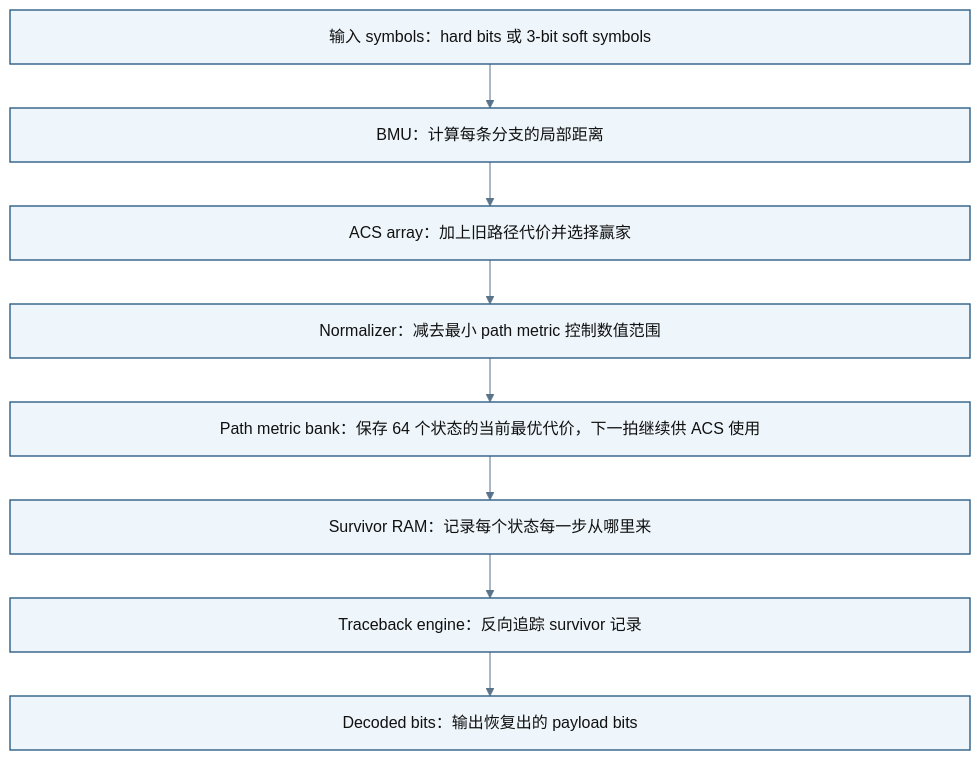
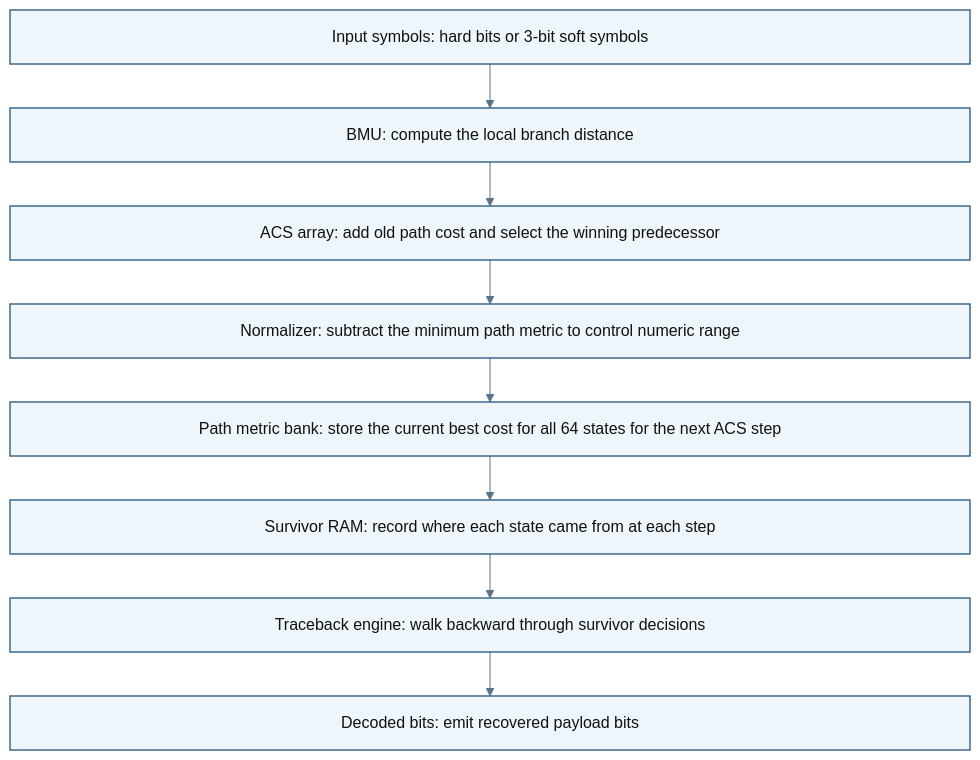
Before and after one commit to AIALRA-0/Viterbi_Decoder: the diagram in docs/assets/diagrams/report_rtl_core_flow.mmd, drawn with Mermaid. The commit also changed 54 other files, not shown here.

```diff
--- a/docs/assets/diagrams/report_rtl_core_flow.mmd
+++ b/docs/assets/diagrams/report_rtl_core_flow.mmd
@@ -1,15 +1,15 @@
 %%{init: {"theme": "base", "flowchart": {"htmlLabels": true, "curve": "linear", "nodeSpacing": 45, "rankSpacing": 44}, "themeVariables": {"fontFamily": "Microsoft YaHei, Arial", "primaryColor": "#eef6fb", "primaryBorderColor": "#2e5f86", "primaryTextColor": "#111111", "lineColor": "#58738a"}}}%%
 flowchart TD
-  A["<div style='width:900px'>输入 symbols：hard bits 或 3-bit soft symbols</div>"]
-  B["<div style='width:900px'>BMU：计算每条分支的局部距离</div>"]
-  C["<div style='width:900px'>ACS array：加上旧路径代价并选择赢家</div>"]
-  D["<div style='width:900px'>Path metric bank：保存 64 个状态的当前最优代价，下一拍继续供 ACS 使用</div>"]
-  E["<div style='width:900px'>Normalizer：减去最小 path metric 控制数值范围</div>"]
-  F["<div style='width:900px'>Survivor RAM：记录每个状态每一步从哪里来</div>"]
-  G["<div style='width:900px'>Traceback engine：反向追踪 survivor 记录</div>"]
-  H["<div style='width:900px'>Decoded bits：输出恢复出的 payload bits</div>"]
+  A["<div style='width:900px'>Input symbols: hard bits or 3-bit soft symbols</div>"]
+  B["<div style='width:900px'>BMU: compute the local branch distance</div>"]
+  C["<div style='width:900px'>ACS array: add old path cost and select the winning predecessor</div>"]
+  D["<div style='width:900px'>Path metric bank: store the current best cost for all 64 states for the next ACS step</div>"]
+  E["<div style='width:900px'>Normalizer: subtract the minimum path metric to control numeric range</div>"]
+  F["<div style='width:900px'>Survivor RAM: record where each state came from at each step</div>"]
+  G["<div style='width:900px'>Traceback engine: walk backward through survivor decisions</div>"]
+  H["<div style='width:900px'>Decoded bits: emit recovered payload bits</div>"]
 
   A --> B --> C --> E --> D --> F --> G --> H
 
   classDef box fill:#eef6fb,stroke:#2e5f86,stroke-width:1.4px,color:#111111;
   class A,B,C,D,E,F,G,H box;
```
